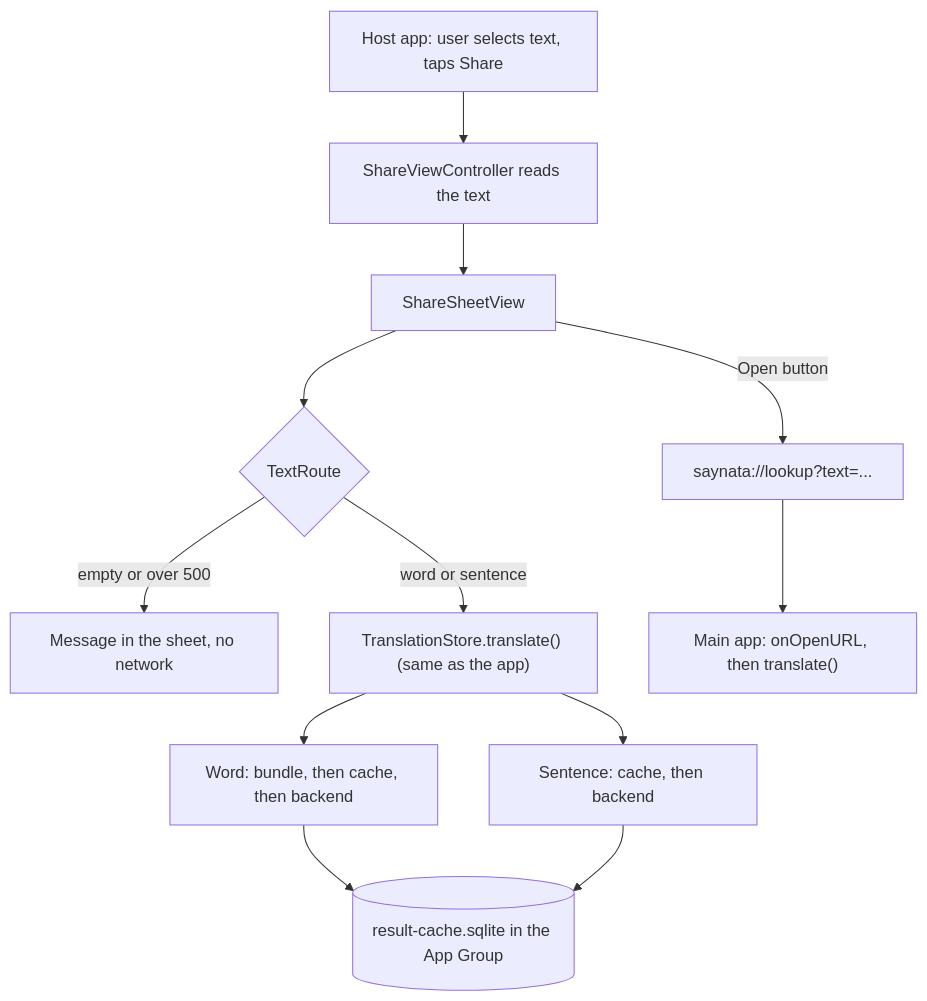
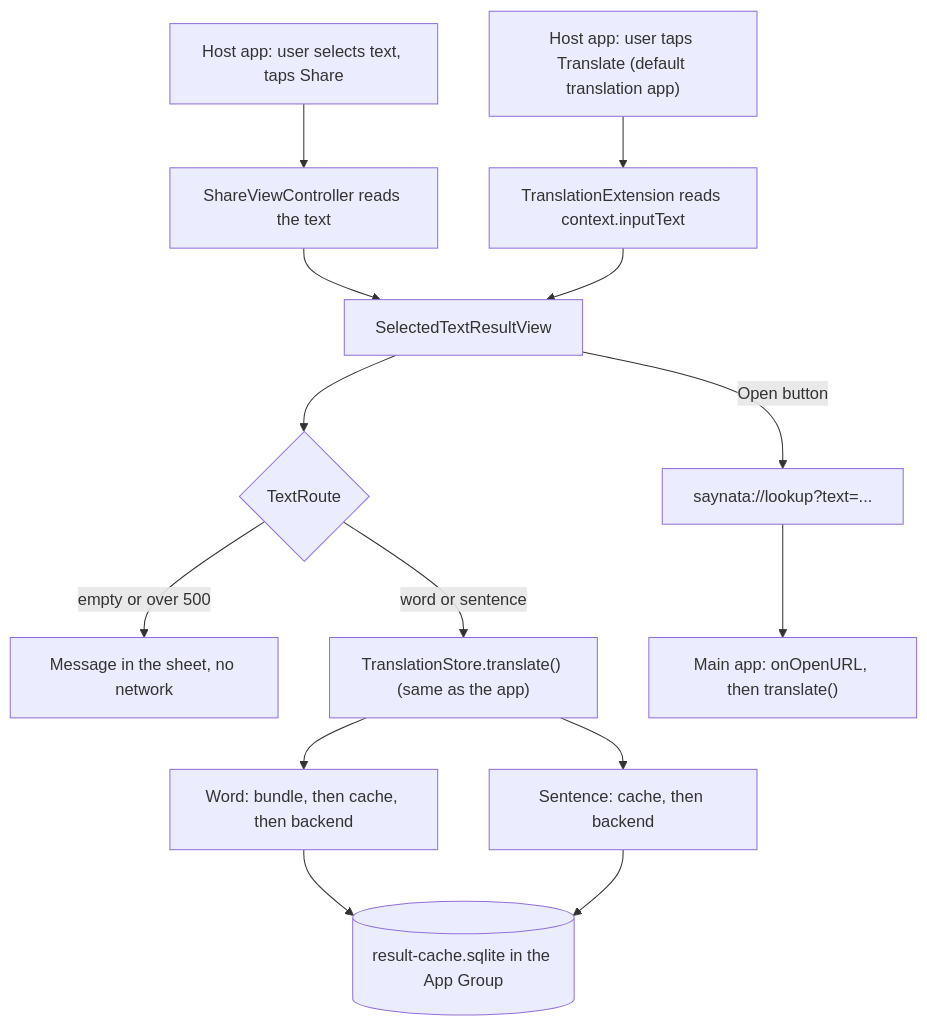
The first of 2 diagrams in backlog/docs/features/doc-10 - Share-extension.md (tranphuocloc070699/saynata), drawn with Mermaid before and after one commit. The commit also changed other lines of this file and 10 other files, not shown here.

Commit message:
TASK-42: Translation extension so Saynata can be the default translation app

````diff
--- a/backlog/docs/features/doc-10 - Share-extension.md
+++ b/backlog/docs/features/doc-10 - Share-extension.md
@@ -19,13 +21,14 @@
 ```mermaid
 flowchart TD
     HOST["Host app: user selects text, taps Share"] --> VC["ShareViewController reads the text"]
-    VC --> SHEET["ShareSheetView"]
+    VC --> SHEET["SelectedTextResultView"]
+    TR["Host app: user taps Translate (default translation app)"] --> TX["TranslationExtension reads context.inputText"] --> SHEET
     SHEET --> R{"TextRoute"}
     R -- "empty or over 500" --> MSG["Message in the sheet, no network"]
     R -- "word or sentence" --> STORE["TranslationStore.translate() (same as the app)"]
     STORE --> WORD["Word: bundle, then cache, then backend"]
     STORE --> SENT["Sentence: cache, then backend"]
     WORD --> CACHE[("result-cache.sqlite in the App Group")]
     SENT --> CACHE
     SHEET -- "Open button" --> LINK["saynata://lookup?text=..."] --> APP["Main app: onOpenURL, then translate()"]
 ```
````
